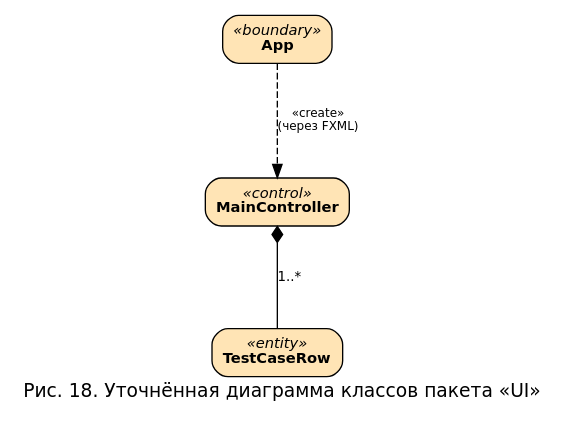
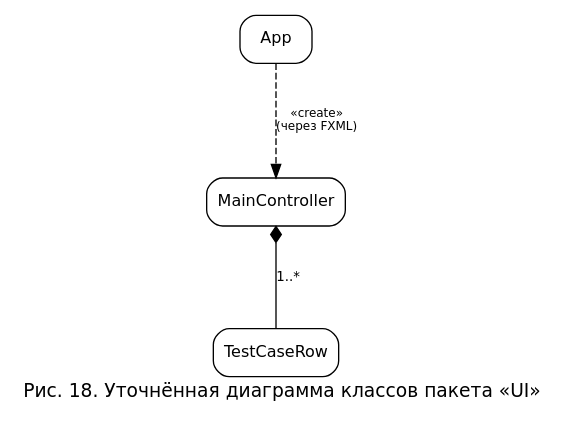
The diagram in diagrams/cls_ui_refined.dot (nastolbov/AutoTestGeneratorUpdate), drawn with Graphviz before and after one commit. The commit also changed 37 other files, not shown here.

```diff
--- a/diagrams/cls_ui_refined.dot
+++ b/diagrams/cls_ui_refined.dot
@@ -1,22 +1,14 @@
-digraph ClsUIRefined {
-    rankdir=TB;
-    fontname="DejaVu Sans";
-    label="Рис. 18. Уточнённая диаграмма классов пакета «UI»";
-    labelloc="b";
-    fontsize=14;
-    nodesep=0.6;
-    ranksep=0.9;
+digraph UI {
+    rankdir=TB; fontname="DejaVu Sans"; fontsize=14;
+    label="Рис. 18. Уточнённая диаграмма классов пакета «UI»"; labelloc=b;
+    nodesep=0.6; ranksep=0.9;
+    node [fontname="DejaVu Sans", fontsize=12, shape=box, style="rounded,filled", fillcolor=white];
+    edge [color=black, fontname="DejaVu Sans", fontsize=10];
 
-    node [fontname="DejaVu Sans", fontsize=11, shape=box, style="rounded,filled"];
-    edge [fontname="DejaVu Sans", fontsize=10];
+    App            [label="App"];
+    MainController [label="MainController"];
+    TestCaseRow    [label="TestCaseRow"];
 
-    App            [fillcolor="#FFE4B5", label=<<I>«boundary»</I><BR/><B>App</B>>];
-    MainController [fillcolor="#FFE4B5", label=<<I>«control»</I><BR/><B>MainController</B>>];
-    TestCaseRow    [fillcolor="#FFE4B5", label=<<I>«entity»</I><BR/><B>TestCaseRow</B>>];
-
-    // Ассоциация → (создание контроллера через FXMLLoader)
     App -> MainController [label="«create»\n(через FXML)", style=dashed, fontsize=9];
-
-    // Композиция ♦ — TestCaseRow живёт только внутри MainController
-    MainController -> TestCaseRow [arrowtail=diamond, dir=back, label="1..*", fontsize=10];
+    MainController -> TestCaseRow [arrowtail=diamond, dir=back, label="1..*"];
 }
```
